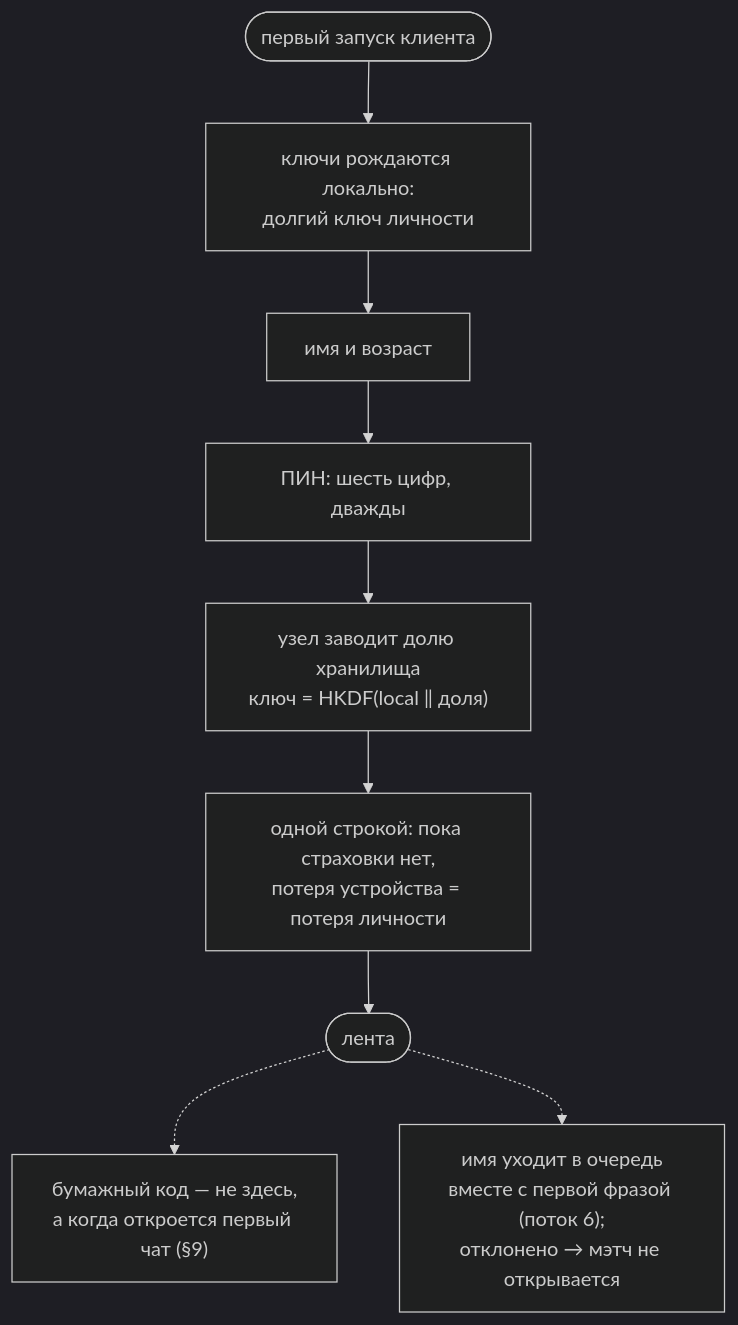
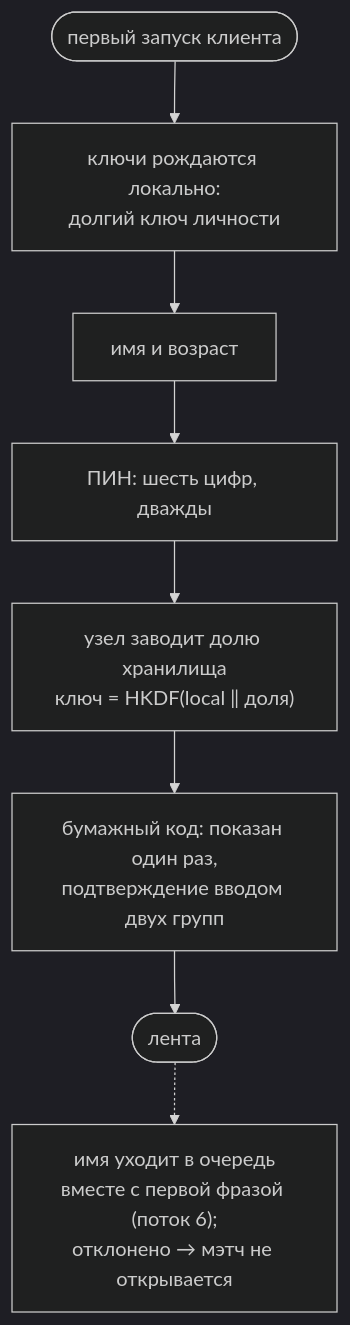
Before and after one commit to panov-id/xor.ad: the first of 26 diagrams in docs/chat-flows_RU.md, drawn with Mermaid (dark theme). The commit also changed 5 other files, not shown here.

````diff
--- a/docs/chat-flows_RU.md
+++ b/docs/chat-flows_RU.md
@@ -22,11 +22,10 @@
 ```mermaid
 flowchart TD
   start(["первый запуск клиента"]) --> keys["ключи рождаются локально:<br/>долгий ключ личности"]
   keys --> form["имя и возраст"]
   form --> pin["ПИН: шесть цифр, дважды"]
   pin --> share["узел заводит долю хранилища<br/>ключ = HKDF#40;local ‖ доля#41;"]
-  share --> warn["одной строкой: пока страховки нет,<br/>потеря устройства = потеря личности"]
-  warn --> feed(["лента"])
-  feed -.-> later["бумажный код — не здесь,<br/>а когда откроется первый чат #40;§9#41;"]
+  share --> code["бумажный код: показан один раз,<br/>подтверждение вводом двух групп"]
+  code --> feed(["лента"])
   feed -.-> namecheck["имя уходит в очередь<br/>вместе с первой фразой #40;поток 6#41;;<br/>отклонено → мэтч не открывается"]
 ```
````
